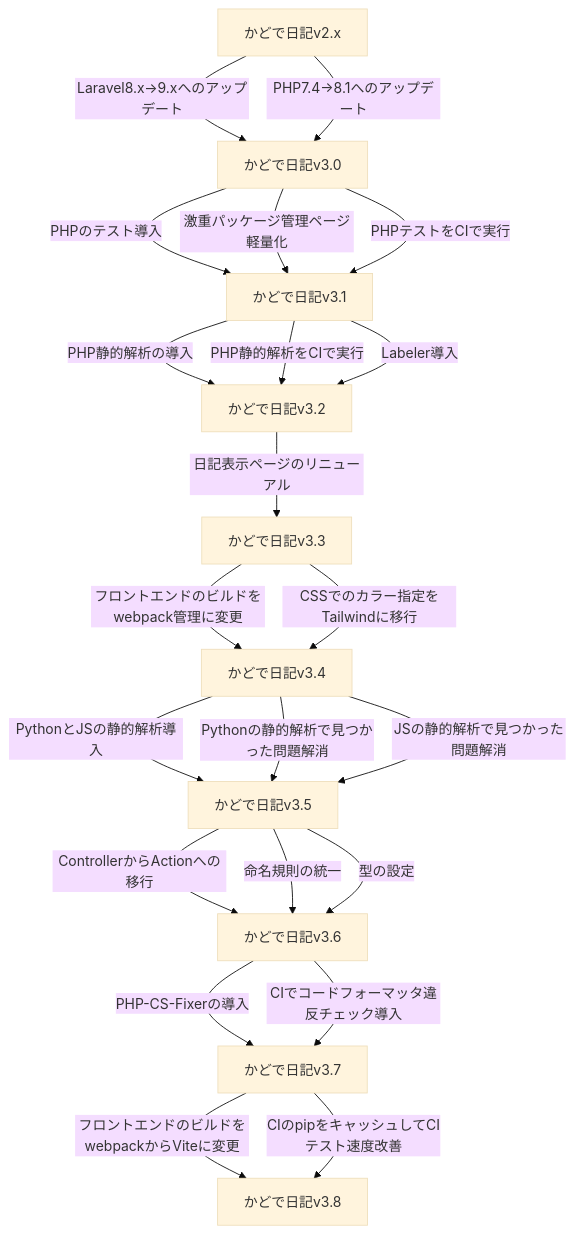
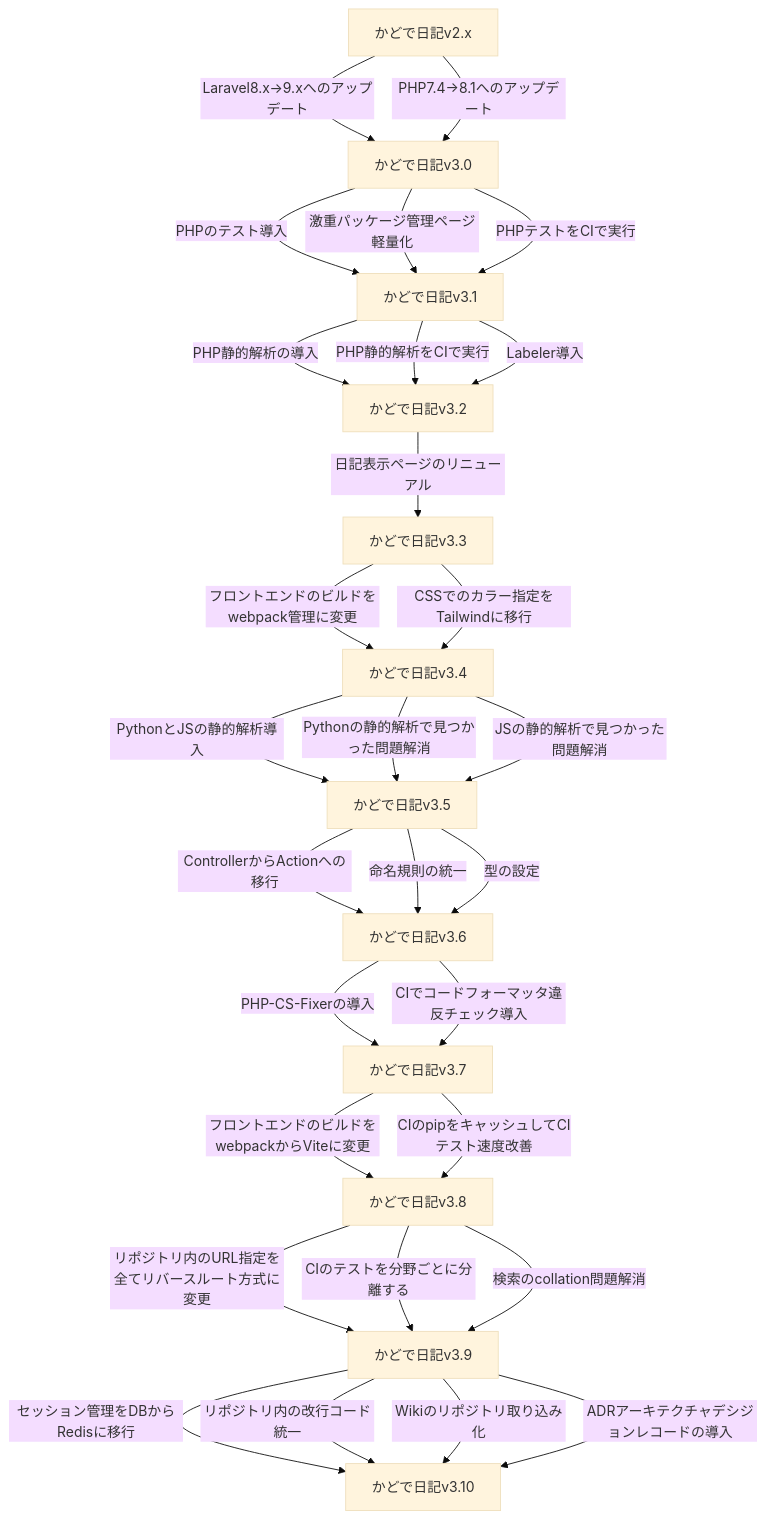
The diagram in docs/ROADMAP/v3.md (KadodeProject/kadode_nikki3), drawn with Mermaid (base theme) before and after one commit. The commit also changed 1 other file, not shown here.

Commit message:
wip ロードマップ更新

````diff
--- a/docs/ROADMAP/v3.md
+++ b/docs/ROADMAP/v3.md
@@ -1,24 +1,31 @@
 ```mermaid
 flowchart TD
     0[かどで日記v2.x]-->|Laravel8.x->9.xへのアップデート|1[かどで日記v3.0]
     0-->|PHP7.4->8.1へのアップデート|1
     1-->|PHPのテスト導入|2[かどで日記v3.1]
     1-->|激重パッケージ管理ページ軽量化|2
     1-->|PHPテストをCIで実行|2
     2-->|PHP静的解析の導入|3[かどで日記v3.2]
     2-->|PHP静的解析をCIで実行|3
     2-->|Labeler導入|3
     3-->|日記表示ページのリニューアル|4[かどで日記v3.3]
     4-->|フロントエンドのビルドをwebpack管理に変更|5[かどで日記v3.4]
     4-->|CSSでのカラー指定をTailwindに移行|5
     5-->|PythonとJSの静的解析導入|A[かどで日記v3.5]
     5-->|Pythonの静的解析で見つかった問題解消|A
     5-->|JSの静的解析で見つかった問題解消|A
     A-->|ControllerからActionへの移行|B[かどで日記v3.6]
     A-->|命名規則の統一|B
     A-->|型の設定|B
     B-->|PHP-CS-Fixerの導入|C[かどで日記v3.7]
     B-->|CIでコードフォーマッタ違反チェック導入|C
     C-->|フロントエンドのビルドをwebpackからViteに変更|D[かどで日記v3.8]
     C-->|CIのpipをキャッシュしてCIテスト速度改善|D
+    D-->|リポジトリ内のURL指定を全てリバースルート方式に変更|E[かどで日記v3.9]
+    D-->|CIのテストを分野ごとに分離する|E
+    D-->|検索のcollation問題解消|E
+    E[かどで日記v3.9]-->|セッション管理をDBからRedisに移行|E_F[かどで日記v3.10]
+    E-->|リポジトリ内の改行コード統一|E_F
+    E-->|Wikiのリポジトリ取り込み化|E_F
+    E-->|ADRアーキテクチャデシジョンレコードの導入|E_F
 ```
````
